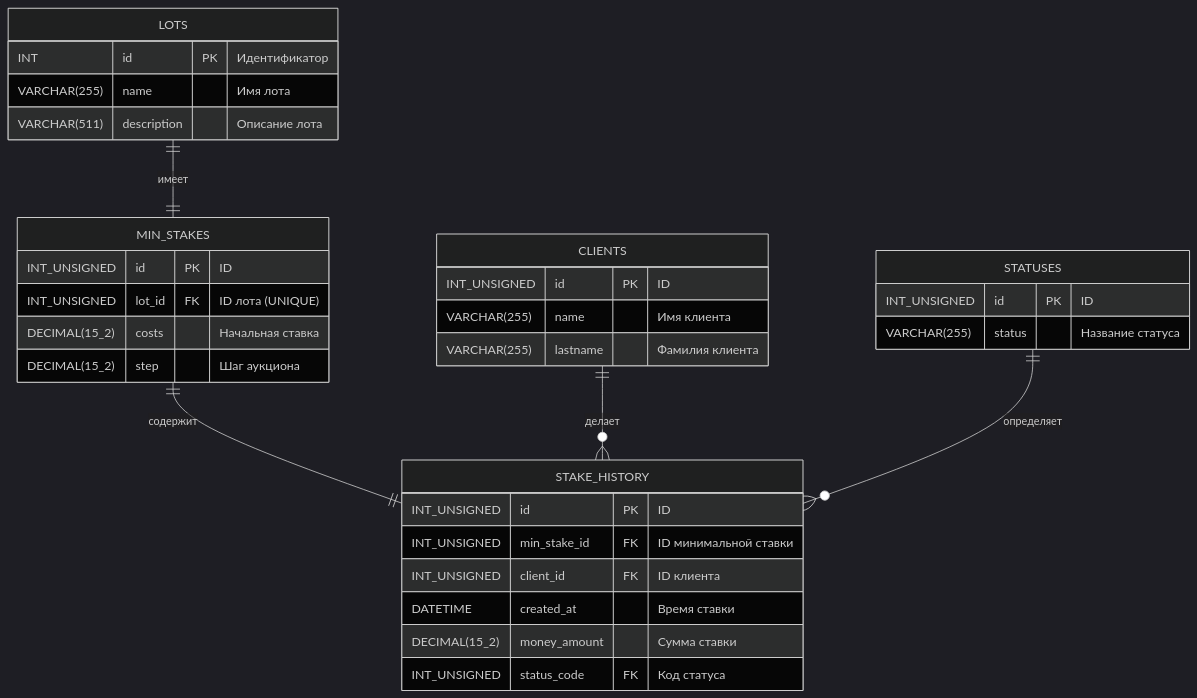
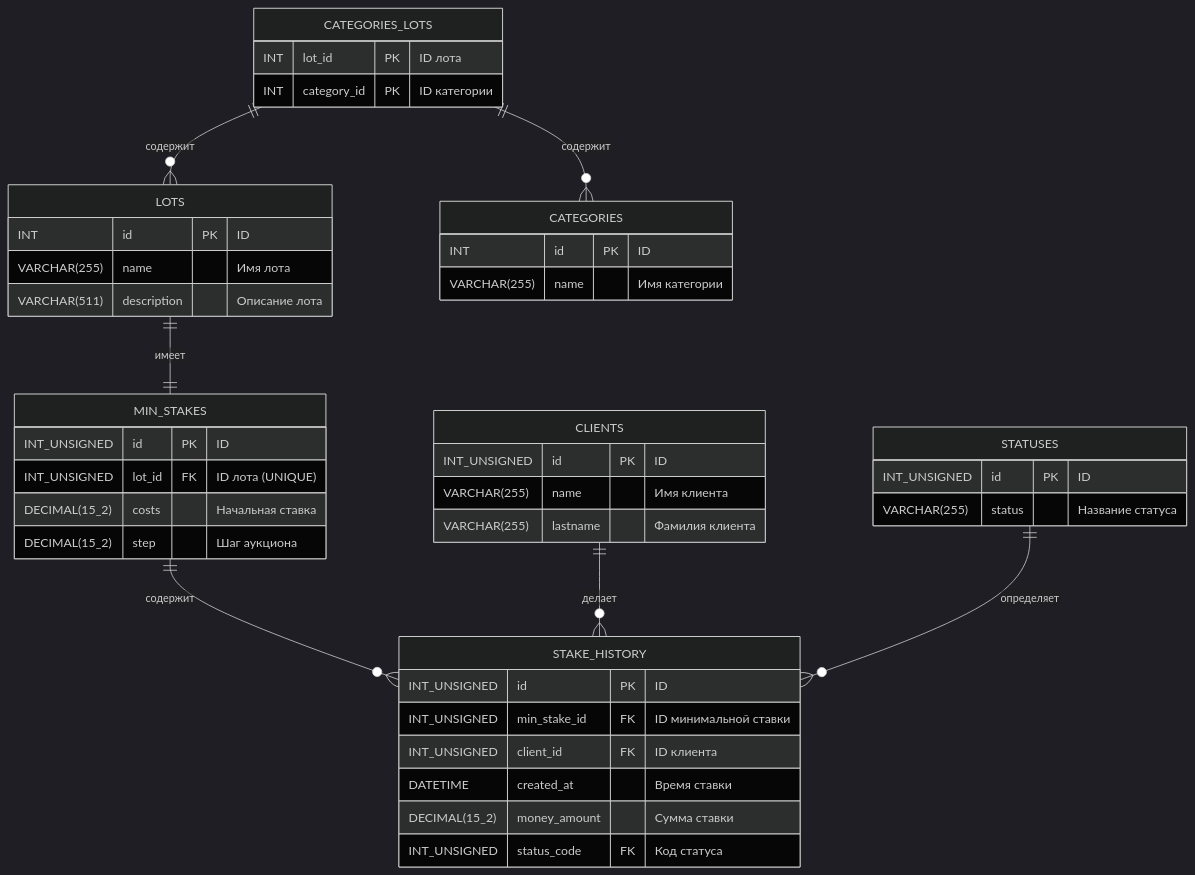
Before and after one commit to gorohovIlya/DB-project-auction: the diagram in README.md, drawn with Mermaid (dark theme).

Commit message:
edit: added new table to ER-Diagram in README.md

````diff
--- a/README.md
+++ b/README.md
@@ -3,40 +3,52 @@
 ```mermaid
 erDiagram
     LOTS ||--|| MIN_STAKES : "имеет"
-    MIN_STAKES ||--|| STAKE_HISTORY : "содержит"
+    MIN_STAKES ||--o{ STAKE_HISTORY : "содержит"
     CLIENTS ||--o{ STAKE_HISTORY : "делает"
     STATUSES ||--o{ STAKE_HISTORY : "определяет"
+    CATEGORIES_LOTS ||--o{ LOTS : "содержит"
+    CATEGORIES_LOTS ||--o{ CATEGORIES : "содержит"
+
+    CATEGORIES {
+        INT id PK "ID"
+        VARCHAR(255) name "Имя категории"
+    }
 
     LOTS {
-        INT id PK "Идентификатор"
+        INT id PK "ID"
         VARCHAR(255) name "Имя лота"
         VARCHAR(511) description "Описание лота"
+    }
+
+    CATEGORIES_LOTS {
+        INT lot_id PK "ID лота"
+        INT category_id PK "ID категории"
     }
 
     MIN_STAKES {
         INT_UNSIGNED id PK "ID"
         INT_UNSIGNED lot_id FK "ID лота (UNIQUE)"
         DECIMAL(15_2) costs "Начальная ставка"
         DECIMAL(15_2) step "Шаг аукциона"
     }
 
     STAKE_HISTORY {
         INT_UNSIGNED id PK "ID"
         INT_UNSIGNED min_stake_id FK "ID минимальной ставки"
         INT_UNSIGNED client_id FK "ID клиента"
         DATETIME created_at "Время ставки"
         DECIMAL(15_2) money_amount "Сумма ставки"
         INT_UNSIGNED status_code FK "Код статуса"
     }
 
     CLIENTS {
         INT_UNSIGNED id PK "ID"
         VARCHAR(255) name "Имя клиента"
         VARCHAR(255) lastname "Фамилия клиента"
     }
 
     STATUSES {
         INT_UNSIGNED id PK "ID"
         VARCHAR(255) status "Название статуса"
     }
 ```
````
